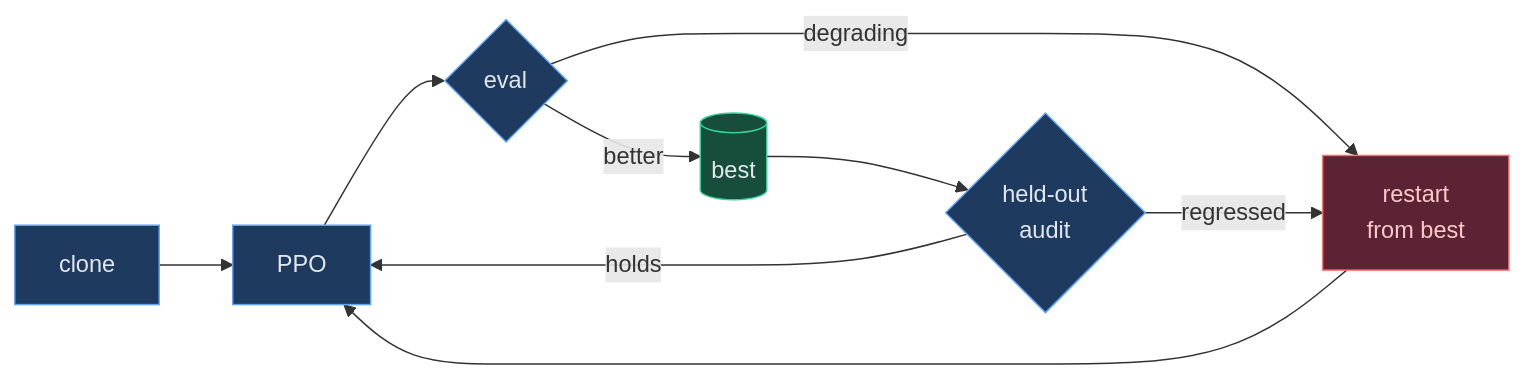
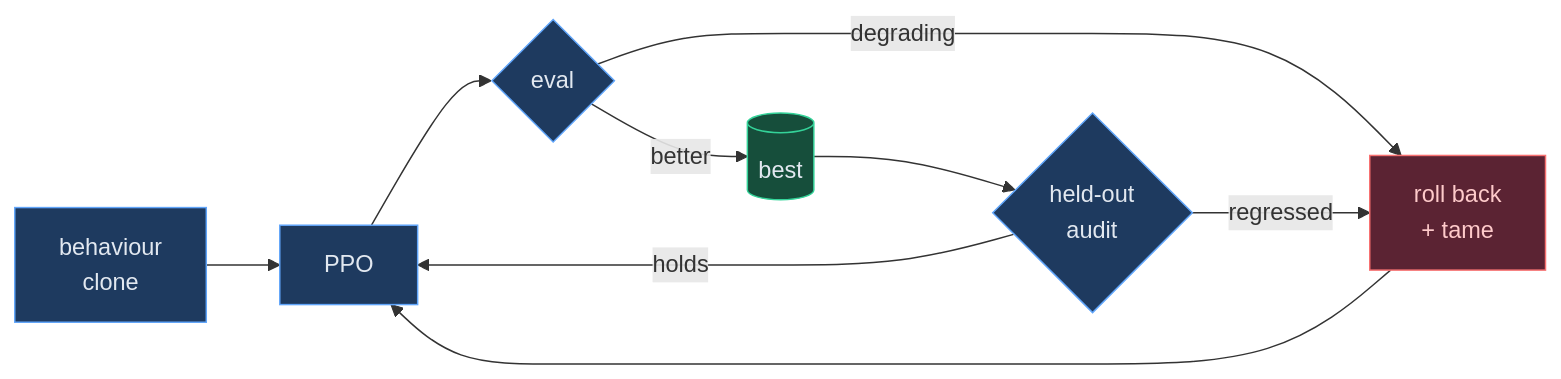
The third of 3 diagrams in README.md (hastylmao/Hasty-CR), drawn with Mermaid before and after one commit. The commit also changed other lines of this file and 7 other files, not shown here.

````diff
--- a/README.md
+++ b/README.md
@@ -85,17 +342,17 @@
 ```mermaid
 flowchart LR
-    CLONE["clone"] --> PPO["PPO"] --> EVAL{"eval"}
+    CLONE["behaviour<br/>clone"] --> PPO["PPO"] --> EVAL{"eval"}
     EVAL -->|better| KEEP[("best")]
-    EVAL -->|degrading| STOP["restart<br/>from best"]
+    EVAL -->|degrading| STOP["roll back<br/>+ tame"]
     STOP --> PPO
     KEEP --> AUDIT{"held-out<br/>audit"}
     AUDIT -->|regressed| STOP
     AUDIT -->|holds| PPO
 
     classDef m fill:#1e3a5f,stroke:#60a5fa,color:#e2e8f0
     classDef bad fill:#5b2333,stroke:#f87171,color:#fecaca
     classDef good fill:#164e3b,stroke:#34d399,color:#e2e8f0
     class CLONE,PPO,EVAL,AUDIT m
     class STOP bad
     class KEEP good
 ```
````
